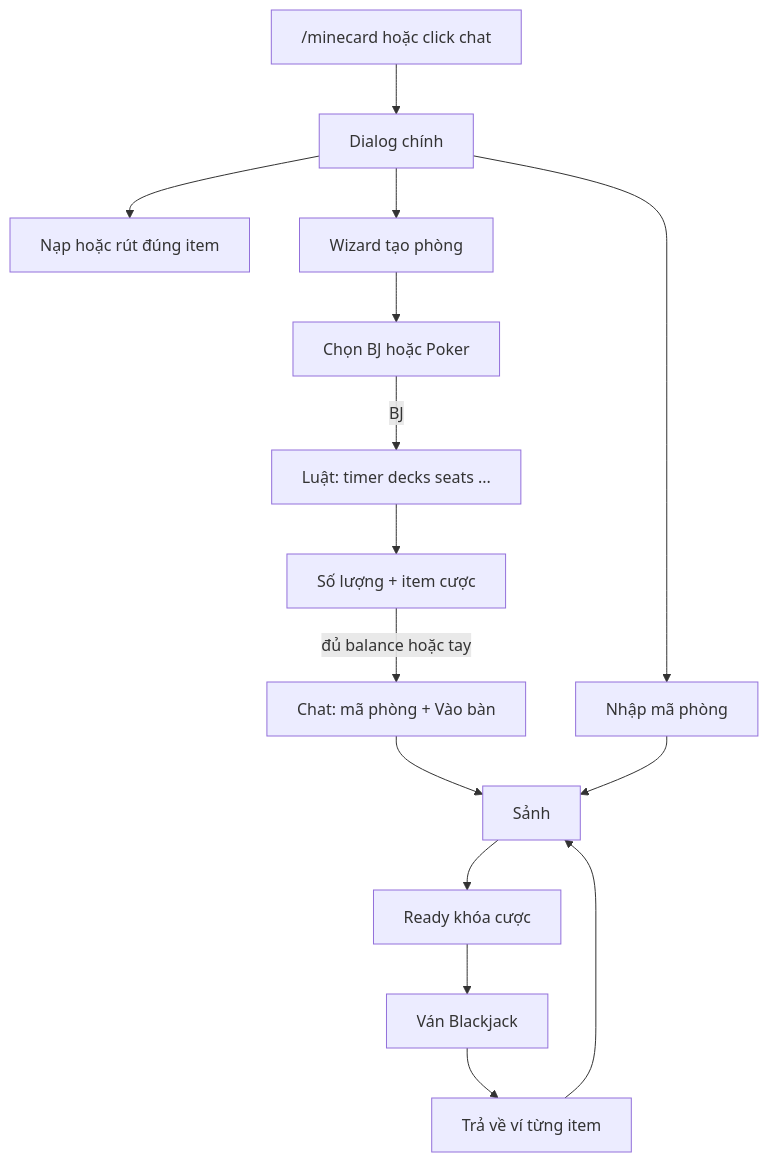
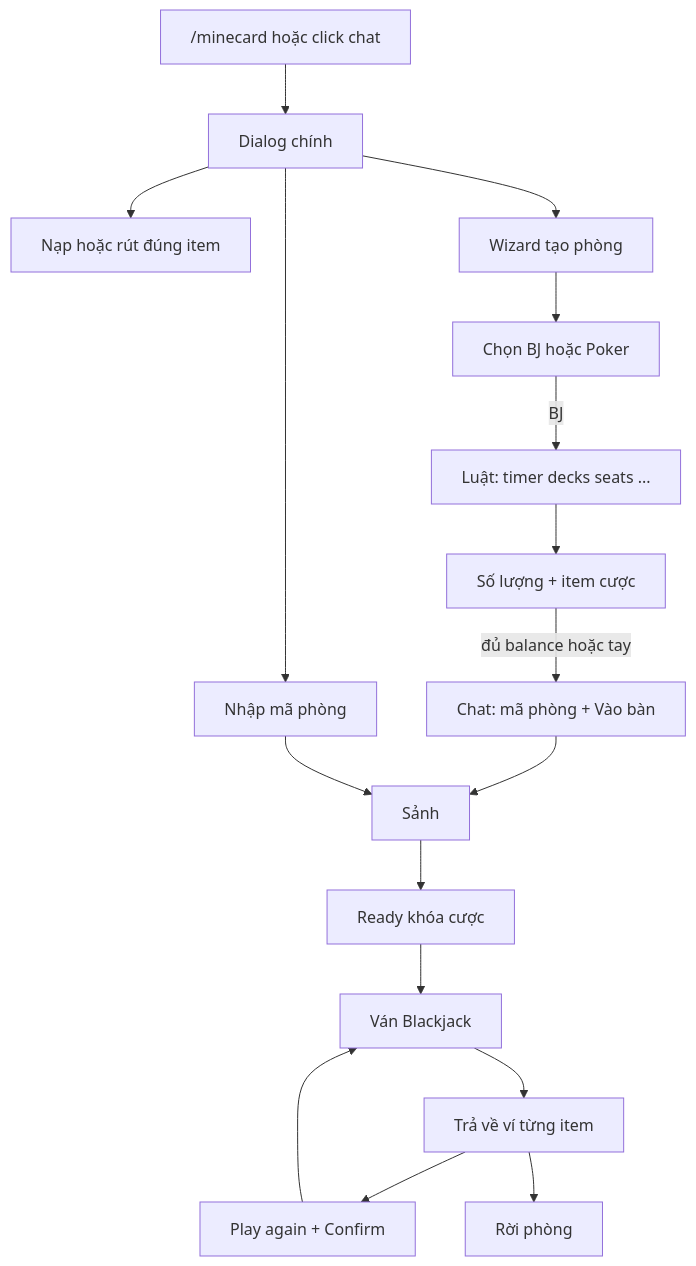
One commit to SpicyPox/minecard changed the diagram in doc/ke-hoach.md. Above: the diagram before and after it, drawn with Mermaid. The commit also changed other lines of this file and 10 other files, not shown here.

````diff
--- a/doc/ke-hoach.md
+++ b/doc/ke-hoach.md
@@ -72,17 +72,19 @@
 ```mermaid
 flowchart TD
   openMenu["/minecard hoặc click chat"] --> mainDialog[Dialog chính]
   mainDialog --> wallet[Nạp hoặc rút đúng item]
   mainDialog --> createRoom[Wizard tạo phòng]
   createRoom --> pickGame[Chọn BJ hoặc Poker]
   pickGame -->|BJ| settings[Luật: timer decks seats ...]
   settings --> stake[Số lượng + item cược]
   stake -->|đủ balance hoặc tay| chatJoin[Chat: mã phòng + Vào bàn]
   chatJoin --> lobby[Sảnh]
   mainDialog --> joinCode[Nhập mã phòng]
   joinCode --> lobby
   lobby --> bets[Ready khóa cược]
   bets --> hand[Ván Blackjack]
   hand --> payout[Trả về ví từng item]
-  payout --> lobby
+  payout --> again[Play again + Confirm]
+  again --> hand
+  payout --> leaveSeat[Rời phòng]
 ```
````
